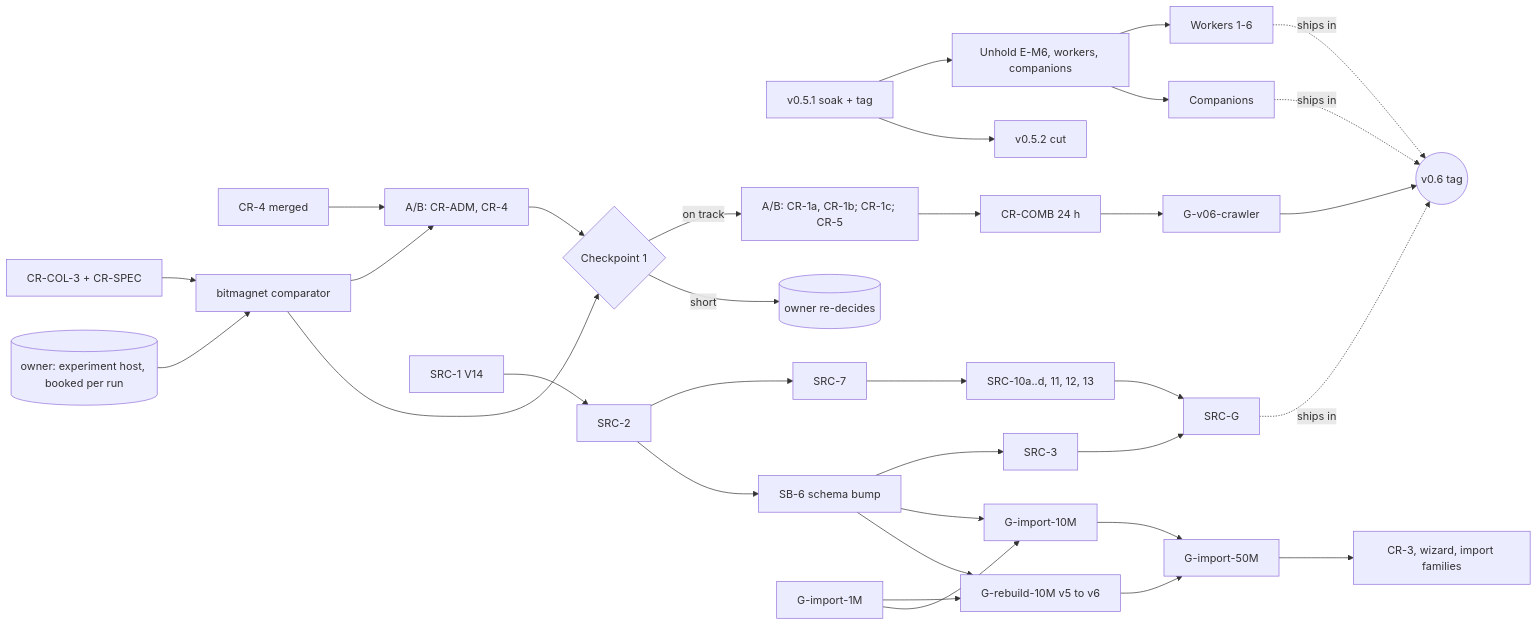
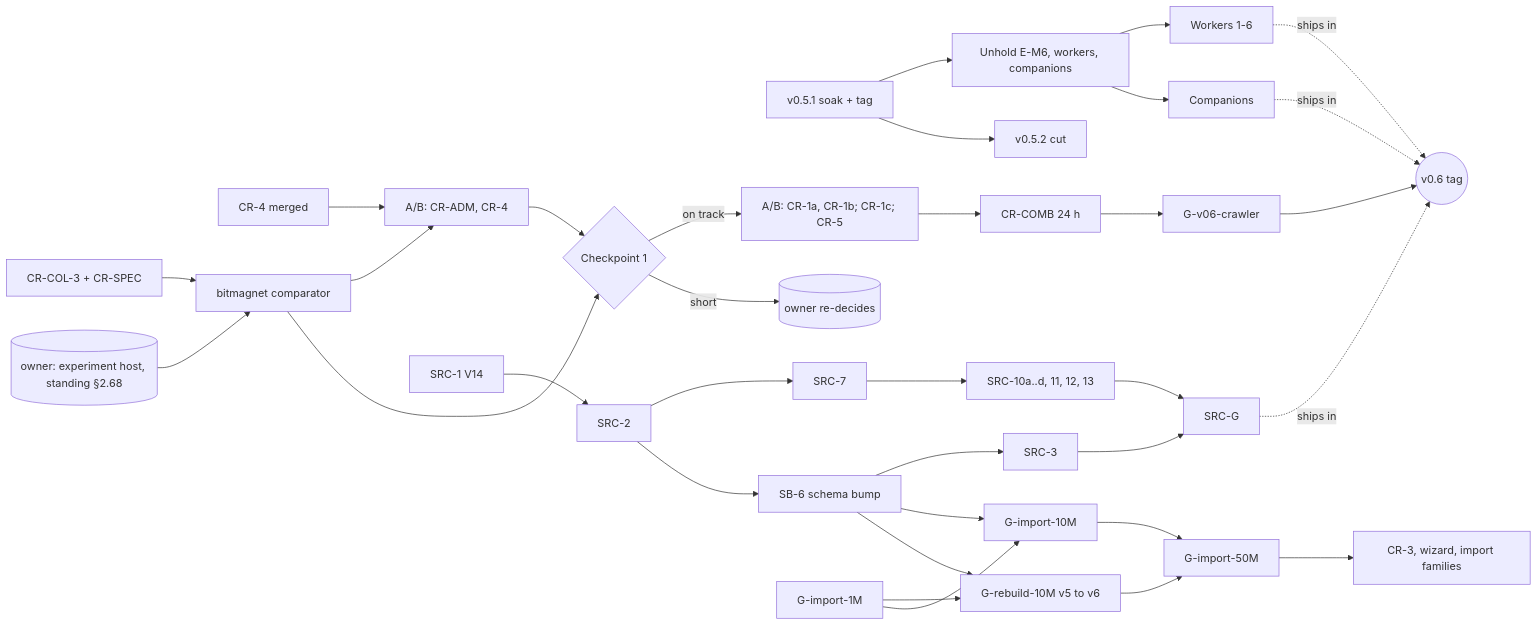
The diagram in docs/build-plan.md (dvortsis/lodestar-v2), drawn with Mermaid before and after one commit. The commit also changed other lines of this file and 4 other files, not shown here.

````diff
--- a/docs/build-plan.md
+++ b/docs/build-plan.md
@@ -361,25 +361,25 @@
 ```mermaid
 flowchart LR
   R[v0.5.1 soak + tag] --> EP[Unhold E-M6, workers, companions]
   R --> V52[v0.5.2 cut]
   CR4[CR-4 merged] --> AB[A/B: CR-ADM, CR-4]
   TOOL[CR-COL-3 + CR-SPEC] --> COMP
-  HOST[(owner: experiment host, booked per run)] --> COMP[bitmagnet comparator]
+  HOST[(owner: experiment host, standing §2.68)] --> COMP[bitmagnet comparator]
   COMP --> AB
   COMP --> CP1{Checkpoint 1}
   AB --> CP1
   CP1 -->|on track| AB2[A/B: CR-1a, CR-1b; CR-1c; CR-5] --> COMB[CR-COMB 24 h] --> G6C[G-v06-crawler]
   CP1 -->|short| OWN[(owner re-decides)]
   SRC1[SRC-1 V14] --> SRC2[SRC-2] --> SRC7[SRC-7]
   SRC7 --> SRC10[SRC-10a..d, 11, 12, 13] --> SRCG[SRC-G]
   SRC2 --> SB6[SB-6 schema bump] --> SRC3[SRC-3] --> SRCG
   SB6 --> I10[G-import-10M]
   SB6 --> RB10[G-rebuild-10M v5 to v6]
   I1 --> RB10
   RB10 --> I50
   I1[G-import-1M] --> I10 --> I50[G-import-50M] --> CR3[CR-3, wizard, import families]
   EP --> W[Workers 1-6] -.ships in.-> V06
   G6C --> V06((v0.6 tag))
   SRCG -.ships in.-> V06
   EP --> K[Companions] -.ships in.-> V06
 ```
````
